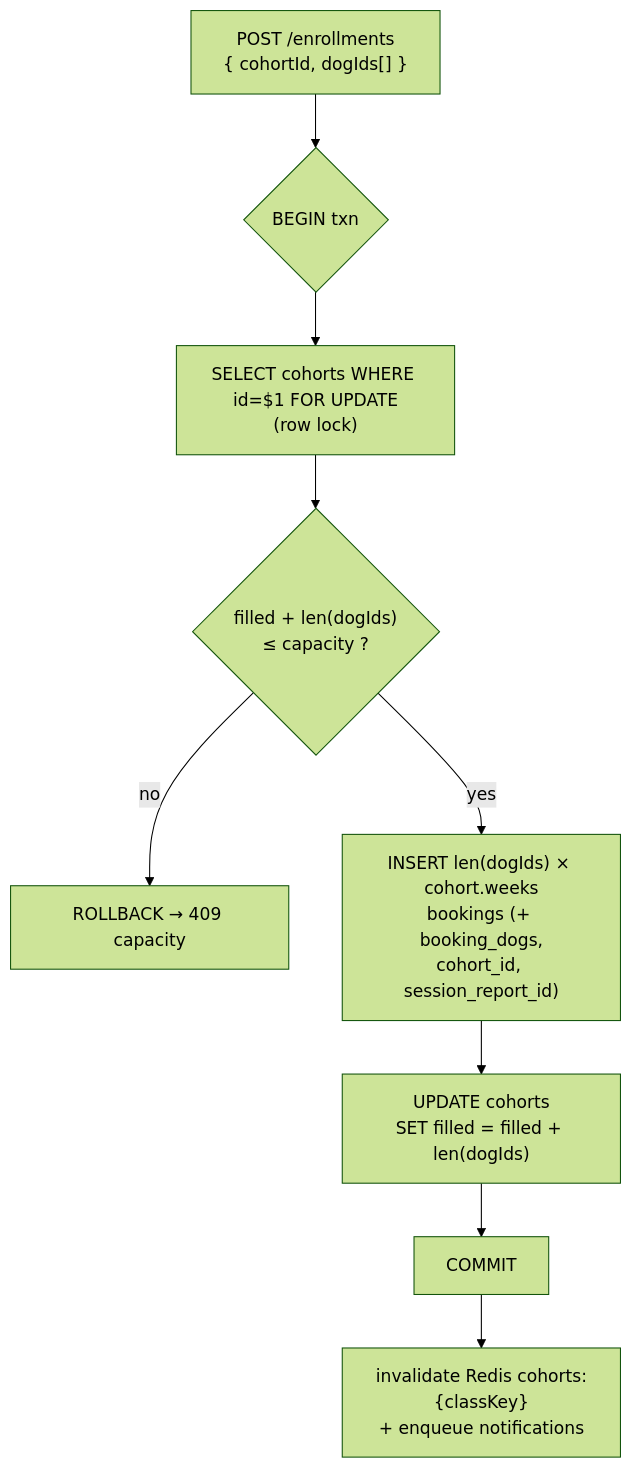
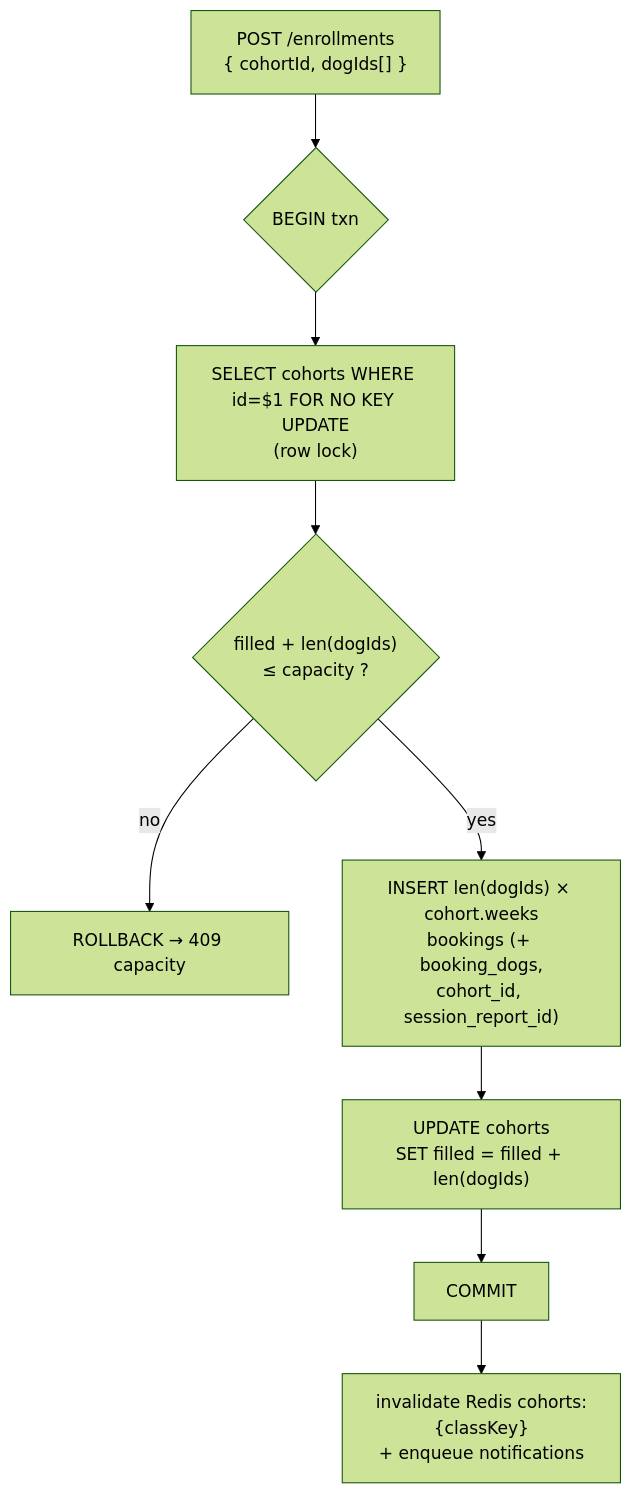
One commit to fetchd-nwa/fetchd_backend changed the fourth of 5 diagrams in .claude/backend/DIAGRAMS.md. Above: the diagram before and after it, drawn with Mermaid (forest theme). The commit also changed 51 other files, not shown here.

````diff
--- a/.claude/backend/DIAGRAMS.md
+++ b/.claude/backend/DIAGRAMS.md
@@ -512,11 +512,11 @@
 ```mermaid
 flowchart TD
   A["POST /enrollments<br/>{ cohortId, dogIds[] }"] --> B{"BEGIN txn"}
-  B --> C["SELECT cohorts WHERE id=$1 FOR UPDATE<br/>(row lock)"]
+  B --> C["SELECT cohorts WHERE id=$1 FOR NO KEY UPDATE<br/>(row lock)"]
   C --> D{"filled + len(dogIds)<br/>≤ capacity ?"}
   D -- no --> E["ROLLBACK → 409 capacity"]
   D -- yes --> F["INSERT len(dogIds) × cohort.weeks<br/>bookings (+ booking_dogs,<br/>cohort_id, session_report_id)"]
   F --> G["UPDATE cohorts<br/>SET filled = filled + len(dogIds)"]
   G --> H["COMMIT"]
   H --> I["invalidate Redis cohorts:{classKey}<br/>+ enqueue notifications"]
 ```
````
